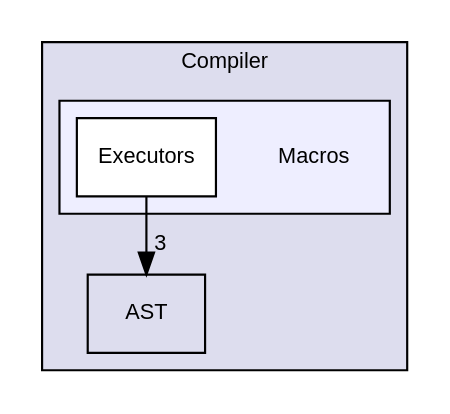
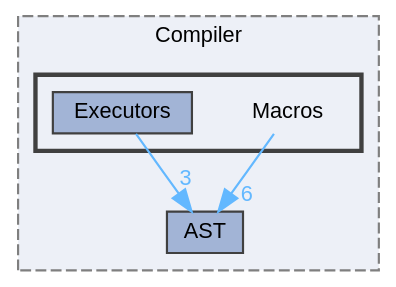
One commit to ArkScript-lang/old-website changed the diagram in impl/dir_54ed949f9e2ebe39c7d7ae9210877b49_dep.dot. Above: the diagram before and after it, drawn with Graphviz. The commit also changed 1565 other files, not shown here.

```diff
--- a/impl/dir_54ed949f9e2ebe39c7d7ae9210877b49_dep.dot
+++ b/impl/dir_54ed949f9e2ebe39c7d7ae9210877b49_dep.dot
@@ -1,15 +1,20 @@
-digraph "/home/fola/code/Ark/include/Ark/Compiler/Macros" {
+digraph "/Users/fola/Documents/ArkScript/Ark/include/Ark/Compiler/Macros"
+{
+ // INTERACTIVE_SVG=YES
+ // LATEX_PDF_SIZE
+  bgcolor="transparent";
+  edge [fontname=Helvetica,fontsize=10,labelfontname=Helvetica,labelfontsize=10];
+  node [fontname=Helvetica,fontsize=10,shape=box,height=0.2,width=0.4];
   compound=true
-  node [ fontsize="10", fontname="Helvetica"];
-  edge [ labelfontsize="10", labelfontname="Helvetica"];
   subgraph clusterdir_e4f19535f57335fb80a0267cec25bf70 {
-    graph [ bgcolor="#ddddee", pencolor="black", label="Compiler" fontname="Helvetica", fontsize="10", URL="dir_e4f19535f57335fb80a0267cec25bf70.html"]
-  dir_100d7a05404dd55ce1a106aad5a3b28c [shape=box label="AST" URL="dir_100d7a05404dd55ce1a106aad5a3b28c.html"];
+    graph [ bgcolor="#edf0f7", pencolor="grey50", label="Compiler", fontname=Helvetica,fontsize=10 style="filled,dashed", URL="dir_e4f19535f57335fb80a0267cec25bf70.html",tooltip=""]
+  dir_100d7a05404dd55ce1a106aad5a3b28c [label="AST", fillcolor="#a2b4d6", color="grey25", style="filled", URL="dir_100d7a05404dd55ce1a106aad5a3b28c.html",tooltip=""];
   subgraph clusterdir_54ed949f9e2ebe39c7d7ae9210877b49 {
-    graph [ bgcolor="#eeeeff", pencolor="black", label="" URL="dir_54ed949f9e2ebe39c7d7ae9210877b49.html"];
-    dir_54ed949f9e2ebe39c7d7ae9210877b49 [shape=plaintext label="Macros"];
-  dir_1b1d215ac859be8e3351abc97240522b [shape=box label="Executors" fillcolor="white" style="filled" URL="dir_1b1d215ac859be8e3351abc97240522b.html"];
+    graph [ bgcolor="#edf0f7", pencolor="grey25", label="", fontname=Helvetica,fontsize=10 style="filled,bold", URL="dir_54ed949f9e2ebe39c7d7ae9210877b49.html",tooltip=""]
+    dir_54ed949f9e2ebe39c7d7ae9210877b49 [shape=plaintext, label="Macros"];
+  dir_1b1d215ac859be8e3351abc97240522b [label="Executors", fillcolor="#a2b4d6", color="grey25", style="filled", URL="dir_1b1d215ac859be8e3351abc97240522b.html",tooltip=""];
   }
   }
-  dir_1b1d215ac859be8e3351abc97240522b->dir_100d7a05404dd55ce1a106aad5a3b28c [headlabel="3", labeldistance=1.5 headhref="dir_000006_000004.html"];
+  dir_54ed949f9e2ebe39c7d7ae9210877b49->dir_100d7a05404dd55ce1a106aad5a3b28c [headlabel="6", labeldistance=1.5 headhref="dir_000026_000003.html" color="steelblue1" fontcolor="steelblue1"];
+  dir_1b1d215ac859be8e3351abc97240522b->dir_100d7a05404dd55ce1a106aad5a3b28c [headlabel="3", labeldistance=1.5 headhref="dir_000019_000003.html" color="steelblue1" fontcolor="steelblue1"];
 }
```
